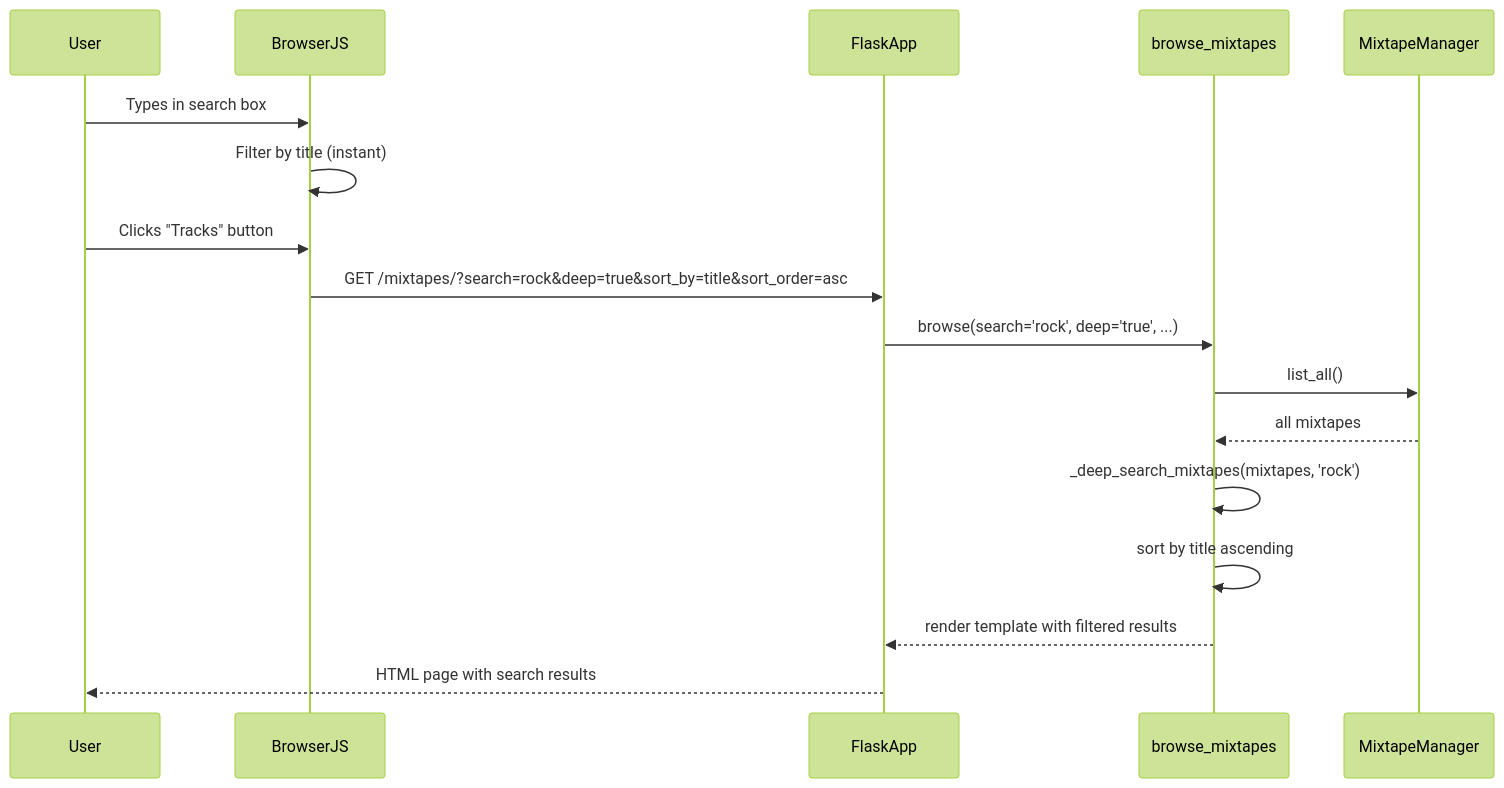
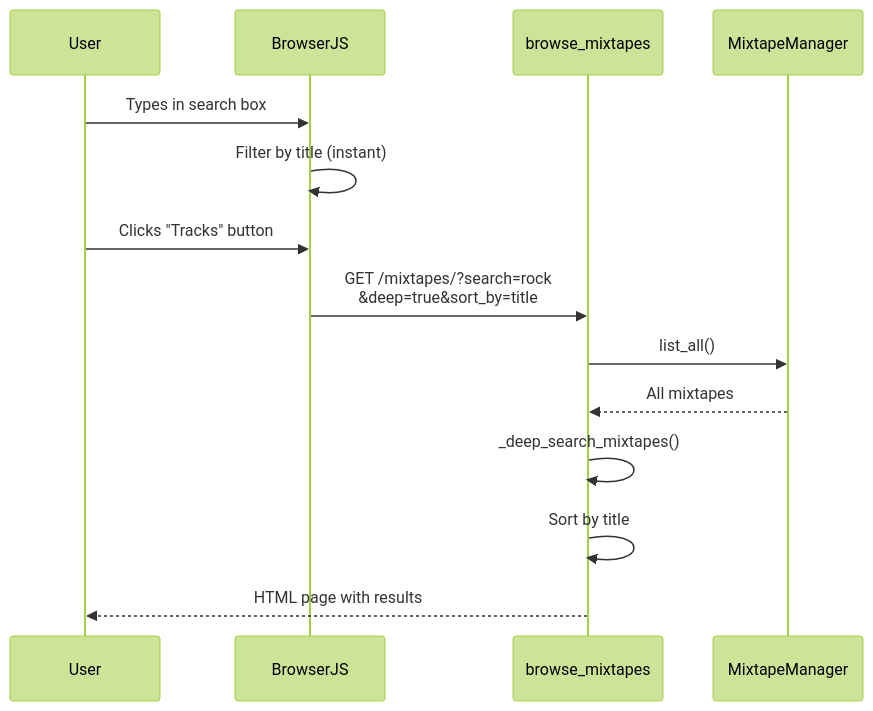
Before and after one commit to mark-me/mixtape-society: the second of 3 diagrams in docs/development/web-application/routes/browse.md, drawn with Mermaid (forest theme). The commit also changed other lines of this file and 19 other files, not shown here.

First line of the commit message:
Simplify unreadable diagrams and correct small errors in the docs

````diff
--- a/docs/development/web-application/routes/browse.md
+++ b/docs/development/web-application/routes/browse.md
@@ -333,21 +333,18 @@
 ```mermaid
 sequenceDiagram
     participant User
-    participant BrowserJS
-    participant FlaskApp
-    participant Blueprint as browse_mixtapes
-    participant MixtapeManager
+    participant JS as BrowserJS
+    participant BP as browse_mixtapes
+    participant MM as MixtapeManager
 
-    User->>BrowserJS: Types in search box
-    BrowserJS->>BrowserJS: Filter by title (instant)
+    User->>JS: Types in search box
+    JS->>JS: Filter by title (instant)
 
-    User->>BrowserJS: Clicks "Tracks" button
-    BrowserJS->>FlaskApp: GET /mixtapes/?search=rock&deep=true&sort_by=title&sort_order=asc
-    FlaskApp->>Blueprint: browse(search='rock', deep='true', ...)
-    Blueprint->>MixtapeManager: list_all()
-    MixtapeManager-->>Blueprint: all mixtapes
-    Blueprint->>Blueprint: _deep_search_mixtapes(mixtapes, 'rock')
-    Blueprint->>Blueprint: sort by title ascending
-    Blueprint-->>FlaskApp: render template with filtered results
-    FlaskApp-->>User: HTML page with search results
+    User->>JS: Clicks "Tracks" button
+    JS->>BP: GET /mixtapes/?search=rock<br/>&deep=true&sort_by=title
+    BP->>MM: list_all()
+    MM-->>BP: All mixtapes
+    BP->>BP: _deep_search_mixtapes()
+    BP->>BP: Sort by title
+    BP-->>User: HTML page with results
 ```
````
